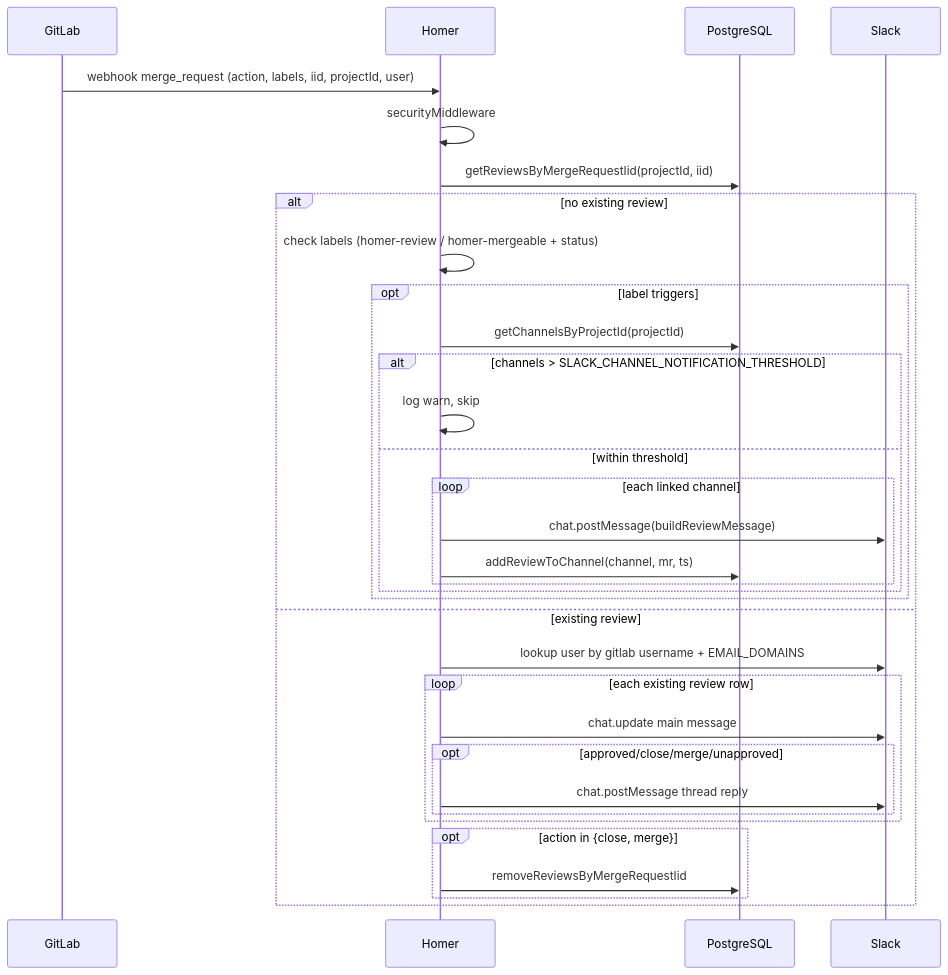
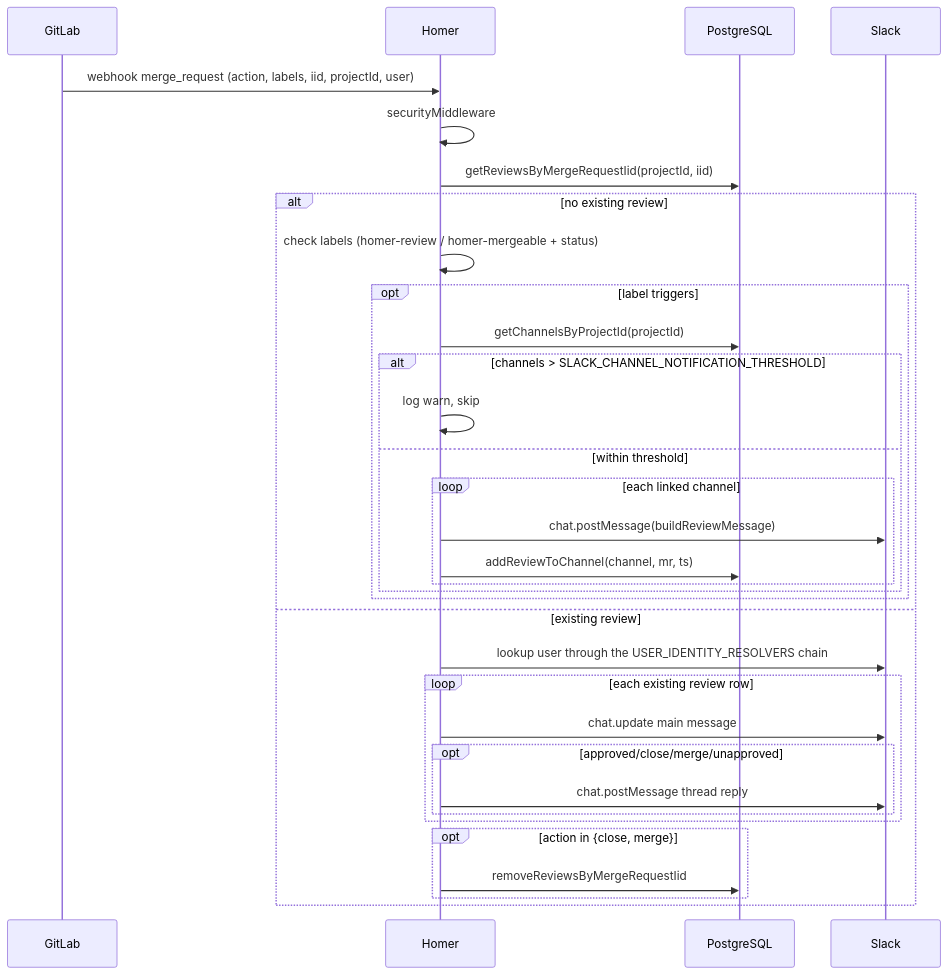
Before and after one commit to ManoManoTech/homer: the fifth of 10 diagrams in docs/ARCHITECTURE.md, drawn with Mermaid. The commit also changed other lines of this file and 18 other files, not shown here.

Commit message:
feat(core): let companies provide their own user identity resolvers (#198)

````diff
--- a/docs/ARCHITECTURE.md
+++ b/docs/ARCHITECTURE.md
@@ -173,36 +173,36 @@
 ```mermaid
 sequenceDiagram
     participant GL as GitLab
     participant H as Homer
     participant DB as PostgreSQL
     participant SL as Slack
 
     GL->>H: webhook merge_request (action, labels, iid, projectId, user)
     H->>H: securityMiddleware
     H->>DB: getReviewsByMergeRequestIid(projectId, iid)
     alt no existing review
         H->>H: check labels (homer-review / homer-mergeable + status)
         opt label triggers
             H->>DB: getChannelsByProjectId(projectId)
             alt channels > SLACK_CHANNEL_NOTIFICATION_THRESHOLD
                 H->>H: log warn, skip
             else within threshold
                 loop each linked channel
                     H->>SL: chat.postMessage(buildReviewMessage)
                     H->>DB: addReviewToChannel(channel, mr, ts)
                 end
             end
         end
     else existing review
-        H->>SL: lookup user by gitlab username + EMAIL_DOMAINS
+        H->>SL: lookup user through the USER_IDENTITY_RESOLVERS chain
         loop each existing review row
             H->>SL: chat.update main message
             opt approved/close/merge/unapproved
                 H->>SL: chat.postMessage thread reply
             end
         end
         opt action in {close, merge}
             H->>DB: removeReviewsByMergeRequestIid
         end
     end
 ```
````
